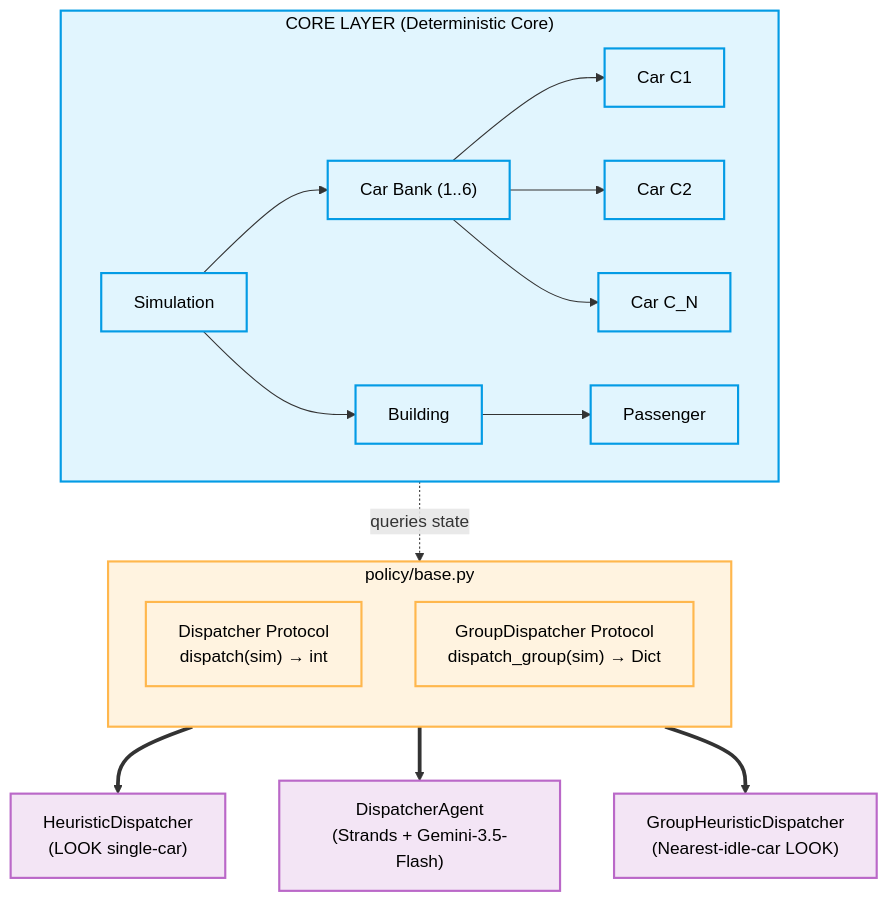
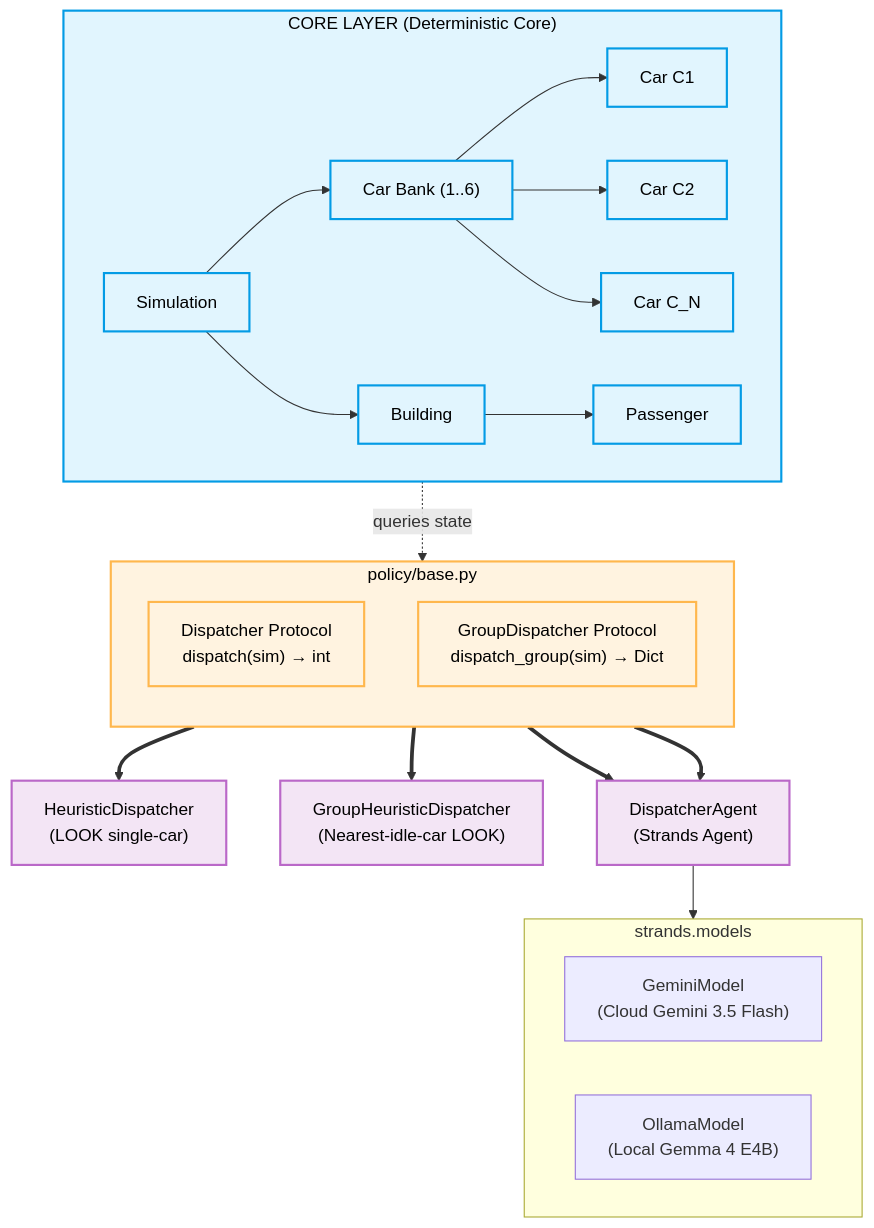
The diagram in docs/design.md (minho5889/elevator-simulator), drawn with Mermaid before and after one commit. The commit also changed other lines of this file and 12 other files, not shown here.

````diff
--- a/docs/design.md
+++ b/docs/design.md
@@ -22,35 +22,42 @@
 ```mermaid
 flowchart TD
     subgraph Core ["CORE LAYER (Deterministic Core)"]
         direction LR
         Simulation["Simulation"] --> Building["Building"]
         Simulation --> CarBank["Car Bank (1..6)"]
         CarBank --> Car1["Car C1"]
         CarBank --> Car2["Car C2"]
         CarBank --> CarN["Car C_N"]
         Building --> Passenger["Passenger"]
     end
 
     subgraph Protocols ["policy/base.py"]
         direction TB
         Legacy["Dispatcher Protocol<br>dispatch(sim) → int"]
         Group["GroupDispatcher Protocol<br>dispatch_group(sim) → Dict"]
     end
 
     Heuristic["HeuristicDispatcher<br>(LOOK single-car)"]
     GroupHeuristic["GroupHeuristicDispatcher<br>(Nearest-idle-car LOOK)"]
-    Agent["DispatcherAgent<br>(Strands + Gemini-3.5-Flash)"]
+    Agent["DispatcherAgent<br>(Strands Agent)"]
+
+    subgraph Models ["strands.models"]
+        Gemini["GeminiModel<br>(Cloud Gemini 3.5 Flash)"]
+        Ollama["OllamaModel<br>(Local Gemma 4 E4B)"]
+    end
 
     Core -.->|queries state| Protocols
     Legacy ==> Heuristic
     Legacy ==> Agent
     Group ==> GroupHeuristic
+    Group ==> Agent
+    Agent --> Models
 
     classDef core fill:#e1f5fe,stroke:#039be5,stroke-width:2px,color:#000;
     classDef interface fill:#fff3e0,stroke:#ffb74d,stroke-width:2px,color:#000;
     classDef impl fill:#f3e5f5,stroke:#ba68c8,stroke-width:2px,color:#000;
 
     class Core,Simulation,Building,CarBank,Car1,Car2,CarN,Passenger core;
     class Protocols,Legacy,Group interface;
     class Heuristic,GroupHeuristic,Agent impl;
 ```
````
